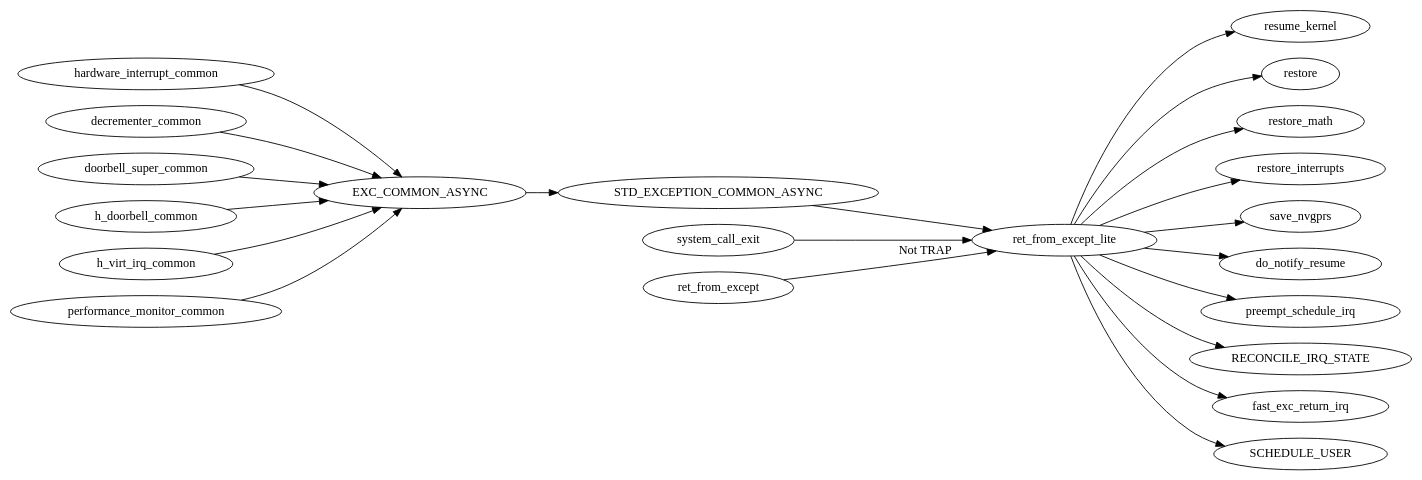
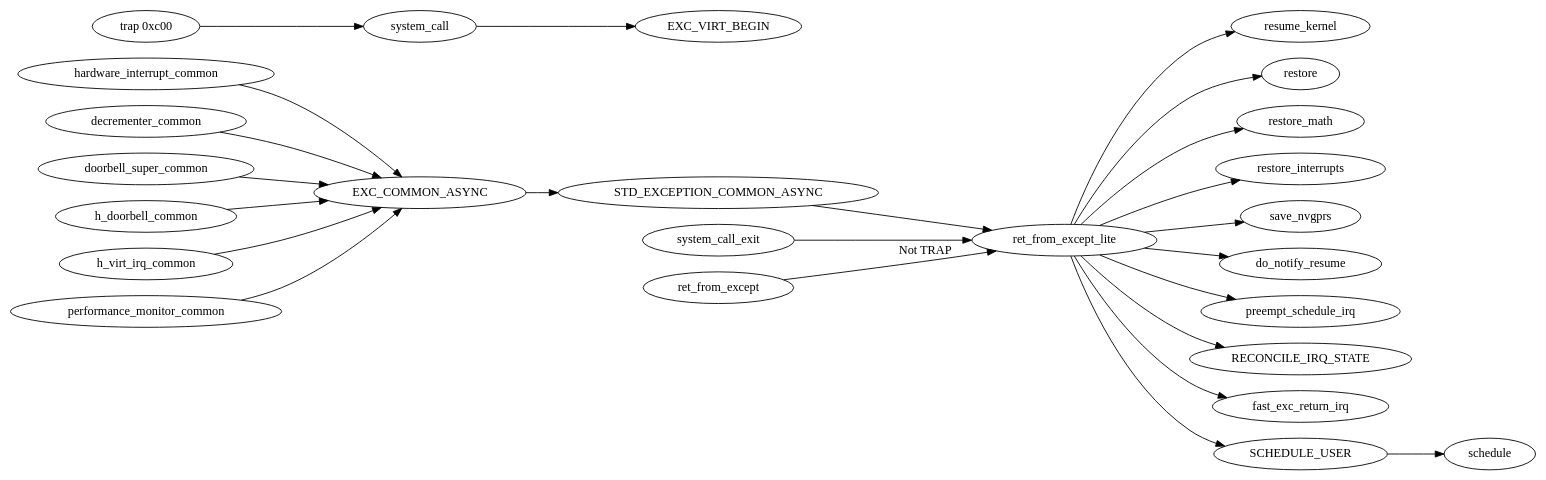
One commit to leitao/htm_flow changed the diagram in irq.dot. Above: the diagram before and after it, drawn with Graphviz. The commit also changed other lines of this file and 10 other files, not shown here.

Commit message:
More functions and graphics.

```diff
--- a/irq.dot
+++ b/irq.dot
@@ -1,28 +1,31 @@
 digraph {
 
 	rankdir=LR;
 
 	ret_from_except_lite 	->	resume_kernel ;
 	ret_from_except_lite 	->	restore;
 	ret_from_except_lite 	->	restore_math;
 	ret_from_except_lite 	->	restore_interrupts;
 	ret_from_except_lite 	->	save_nvgprs;
 	ret_from_except_lite 	->	do_notify_resume;
 	ret_from_except_lite 	->	preempt_schedule_irq;
 	ret_from_except_lite 	->	RECONCILE_IRQ_STATE;
 	ret_from_except_lite 	->	fast_exc_return_irq;
 	ret_from_except_lite 	->	SCHEDULE_USER;
+	SCHEDULE_USER		-> 	schedule;
 	
 	hardware_interrupt_common ->	EXC_COMMON_ASYNC;
 	decrementer_common	-> 	EXC_COMMON_ASYNC;
 	doorbell_super_common	-> 	EXC_COMMON_ASYNC;
 	h_doorbell_common	-> 	EXC_COMMON_ASYNC;
 	h_virt_irq_common	->	EXC_COMMON_ASYNC;
 	performance_monitor_common ->	EXC_COMMON_ASYNC;
 
 	EXC_COMMON_ASYNC	-> 	STD_EXCEPTION_COMMON_ASYNC;
 	
 	STD_EXCEPTION_COMMON_ASYNC	-> ret_from_except_lite;
 	system_call_exit	-> 	ret_from_except_lite;
 	ret_from_except		-> 	ret_from_except_lite[label="Not TRAP"];
+
+	"trap 0xc00"		-> 	system_call -> EXC_VIRT_BEGIN;
 }
```
